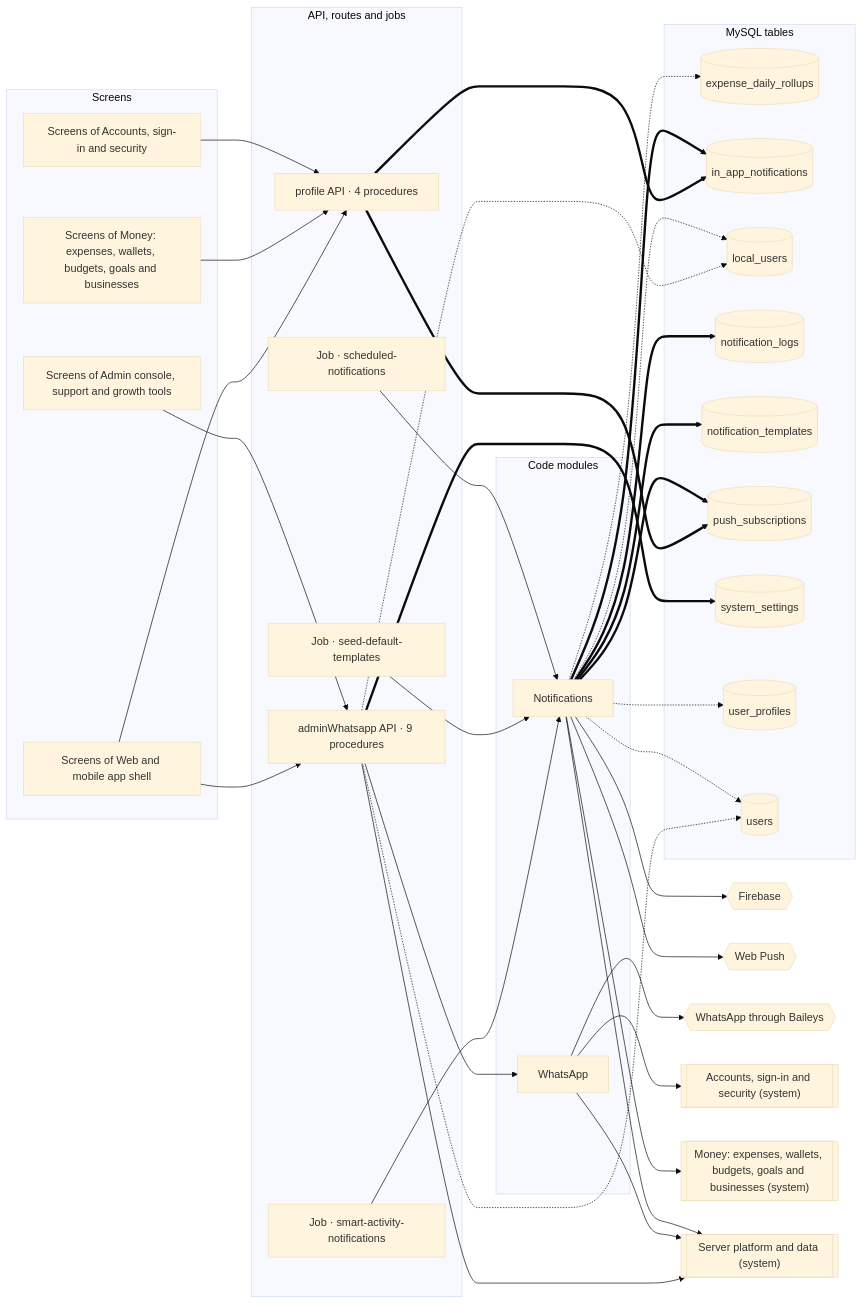
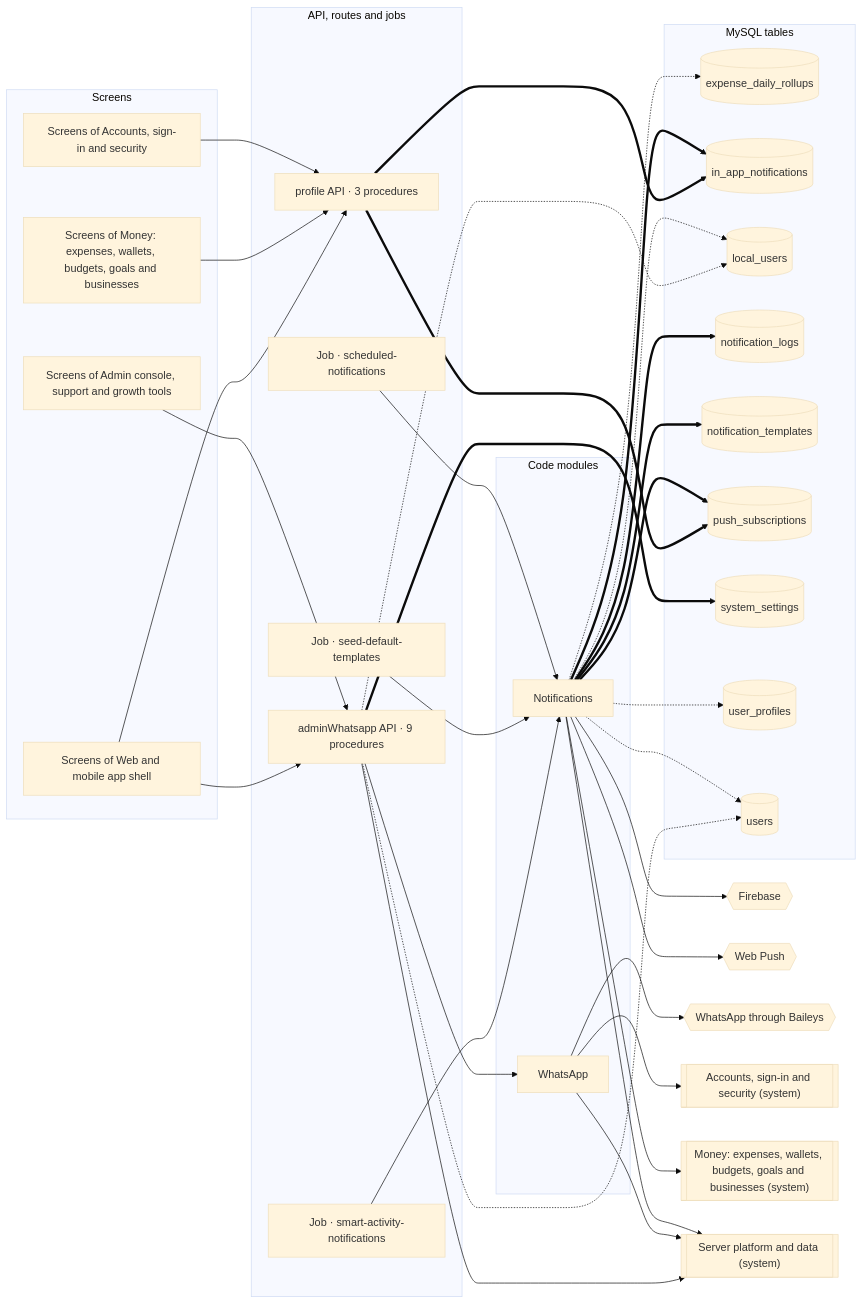
One commit to mahmoudtaherr111/smartspend_mini_all changed the diagram in docs/atlas/systems/notifications.md. Above: the diagram before and after it, drawn with Mermaid (base theme). The commit also changed other lines of this file and 30 other files, not shown here.

````diff
--- a/docs/atlas/systems/notifications.md
+++ b/docs/atlas/systems/notifications.md
@@ -13,67 +13,67 @@
 ```mermaid
 flowchart LR
   subgraph g_screens["Screens"]
     screens_accounts["Screens of Accounts, sign-in and security"]
     screens_admin["Screens of Admin console, support and growth tools"]
     screens_money["Screens of Money: expenses, wallets, budgets, goals and businesses"]
     screens_web_app["Screens of Web and mobile app shell"]
   end
   subgraph g_api["API, routes and jobs"]
     job_scheduled_notifications["Job · scheduled-notifications"]
     job_seed_default_templates["Job · seed-default-templates"]
     job_smart_activity_notifications["Job · smart-activity-notifications"]
     router_adminWhatsapp["adminWhatsapp API · 9 procedures"]
-    router_profile["profile API · 4 procedures"]
+    router_profile["profile API · 3 procedures"]
   end
   subgraph g_modules["Code modules"]
     mod_notifications["Notifications"]
     mod_whatsapp["WhatsApp"]
   end
   subgraph g_tables["MySQL tables"]
     tbl_expense_daily_rollups[("expense_daily_rollups")]
     tbl_in_app_notifications[("in_app_notifications")]
     tbl_local_users[("local_users")]
     tbl_notification_logs[("notification_logs")]
     tbl_notification_templates[("notification_templates")]
     tbl_push_subscriptions[("push_subscriptions")]
     tbl_system_settings[("system_settings")]
     tbl_user_profiles[("user_profiles")]
     tbl_users[("users")]
   end
   ext_firebase{{"Firebase"}}
   ext_web_push{{"Web Push"}}
   ext_whatsapp{{"WhatsApp through Baileys"}}
   sys_accounts[["Accounts, sign-in and security (system)"]]
   sys_money[["Money: expenses, wallets, budgets, goals and businesses (system)"]]
   sys_platform[["Server platform and data (system)"]]
   job_scheduled_notifications --> mod_notifications
   job_seed_default_templates --> mod_notifications
   job_smart_activity_notifications --> mod_notifications
   mod_notifications --> ext_firebase
   mod_notifications --> ext_web_push
   mod_notifications --> sys_money
   mod_notifications --> sys_platform
   mod_notifications -.-> tbl_expense_daily_rollups
   mod_notifications -.-> tbl_local_users
   mod_notifications -.-> tbl_user_profiles
   mod_notifications -.-> tbl_users
   mod_notifications ==> tbl_in_app_notifications
   mod_notifications ==> tbl_notification_logs
   mod_notifications ==> tbl_notification_templates
   mod_notifications ==> tbl_push_subscriptions
   mod_whatsapp --> ext_whatsapp
   mod_whatsapp --> sys_accounts
   mod_whatsapp --> sys_platform
   router_adminWhatsapp --> mod_whatsapp
   router_adminWhatsapp --> sys_platform
   router_adminWhatsapp -.-> tbl_local_users
   router_adminWhatsapp -.-> tbl_users
   router_adminWhatsapp ==> tbl_system_settings
   router_profile ==> tbl_in_app_notifications
   router_profile ==> tbl_push_subscriptions
   screens_accounts --> router_profile
   screens_admin --> router_adminWhatsapp
   screens_money --> router_profile
   screens_web_app --> router_adminWhatsapp
   screens_web_app --> router_profile
 ```
````
